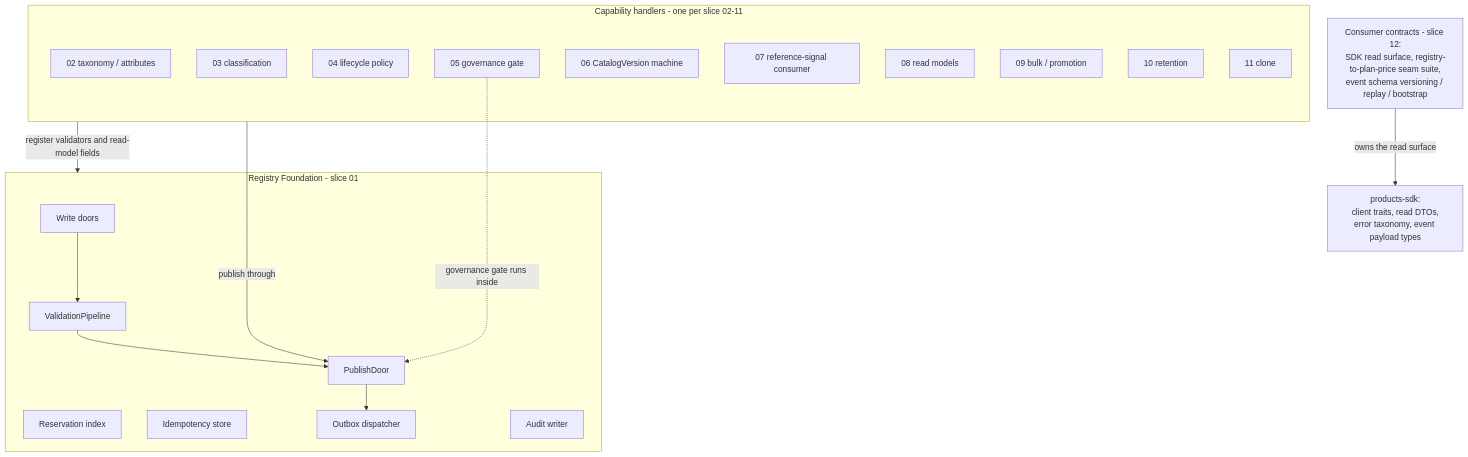
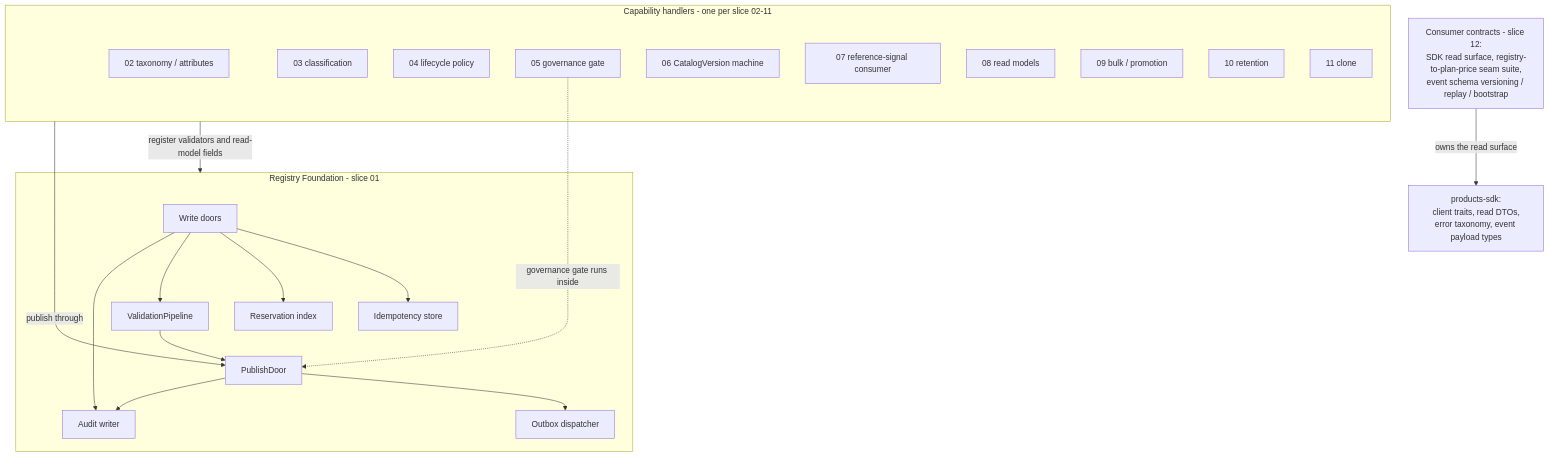
Before and after one commit to diffora/gears-rust: the diagram in gears/bss/products/docs/DESIGN.md, drawn with Mermaid. The commit also changed other lines of this file and 3 other files, not shown here.

````diff
--- a/gears/bss/products/docs/DESIGN.md
+++ b/gears/bss/products/docs/DESIGN.md
@@ -337,36 +391,40 @@
 ```mermaid
 graph TB
     subgraph FND["Registry Foundation - slice 01"]
         WD["Write doors"]
         VP["ValidationPipeline"]
         PDOOR["PublishDoor"]
         RES["Reservation index"]
         IDEM["Idempotency store"]
         OBX["Outbox dispatcher"]
         AUD["Audit writer"]
+        WD --> IDEM
+        WD --> RES
         WD --> VP
         VP --> PDOOR
         PDOOR --> OBX
+        WD --> AUD
+        PDOOR --> AUD
     end
 
     subgraph CAP["Capability handlers - one per slice 02-11"]
         C02["02 taxonomy / attributes"]
         C03["03 classification"]
         C04["04 lifecycle policy"]
         C05["05 governance gate"]
         C06["06 CatalogVersion machine"]
         C07["07 reference-signal consumer"]
         C08["08 read models"]
         C09["09 bulk / promotion"]
         C10["10 retention"]
         C11["11 clone"]
     end
 
     CC["Consumer contracts - slice 12:<br/>SDK read surface, registry-to-plan-price seam suite,<br/>event schema versioning / replay / bootstrap"]
     SDK["products-sdk:<br/>client traits, read DTOs,<br/>error taxonomy, event payload types"]
 
     CAP -->|"register validators and read-model fields"| FND
     CAP -->|"publish through"| PDOOR
     C05 -.->|"governance gate runs inside"| PDOOR
     CC -->|"owns the read surface"| SDK
 ```
````
